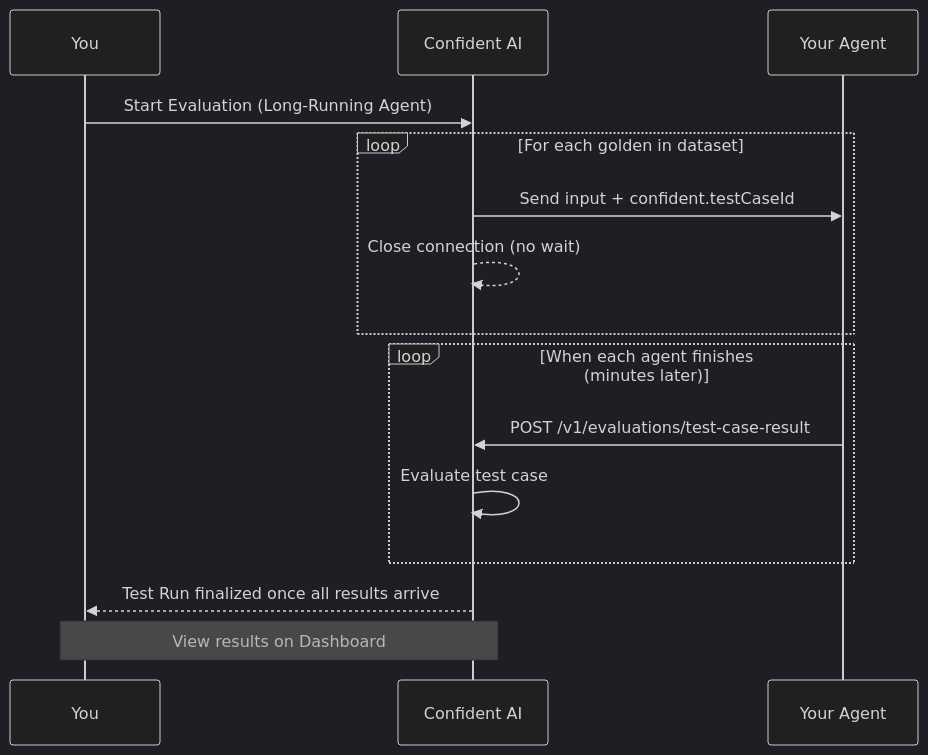
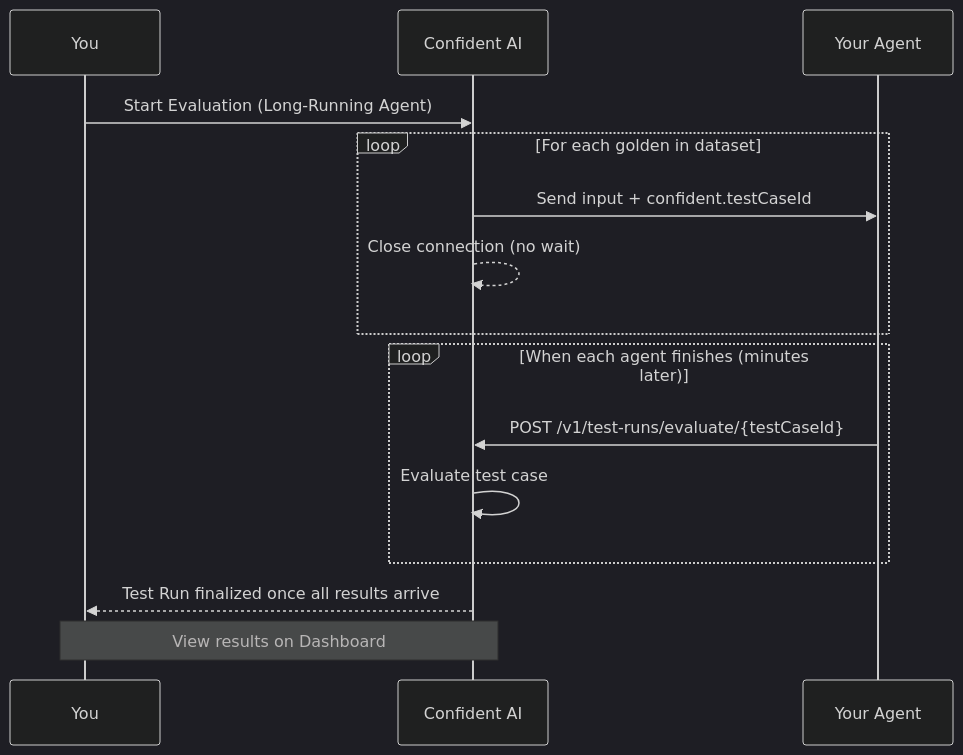
Before and after one commit to confident-ai/confident-docs: the second of 2 diagrams in fern/docs/pages/llm-evaluation/no-code/single-turn.mdx, drawn with Mermaid (dark theme). The commit also changed other lines of this file and 3 other files, not shown here.

Commit message:
update test case result endpoint

````diff
--- a/fern/docs/pages/llm-evaluation/no-code/single-turn.mdx
+++ b/fern/docs/pages/llm-evaluation/no-code/single-turn.mdx
@@ -179,21 +179,21 @@
 ```mermaid
 sequenceDiagram
     participant User as You
     participant Platform as Confident AI
     participant AI as Your Agent
 
     User->>Platform: Start Evaluation (Long-Running Agent)
 
     loop For each golden in dataset
         Platform->>AI: Send input + confident.testCaseId
         Platform-->>Platform: Close connection (no wait)
     end
 
     loop When each agent finishes (minutes later)
-        AI->>Platform: POST /v1/evaluations/test-case-result
+        AI->>Platform: POST /v1/test-runs/evaluate/{testCaseId}
         Platform->>Platform: Evaluate test case
     end
 
     Platform-->>User: Test Run finalized once all results arrive
     Note over User,Platform: View results on Dashboard
 ```
````
